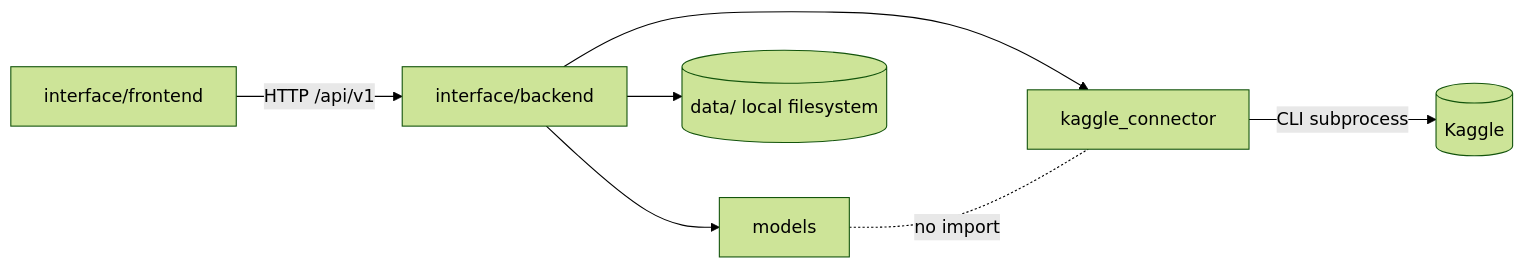
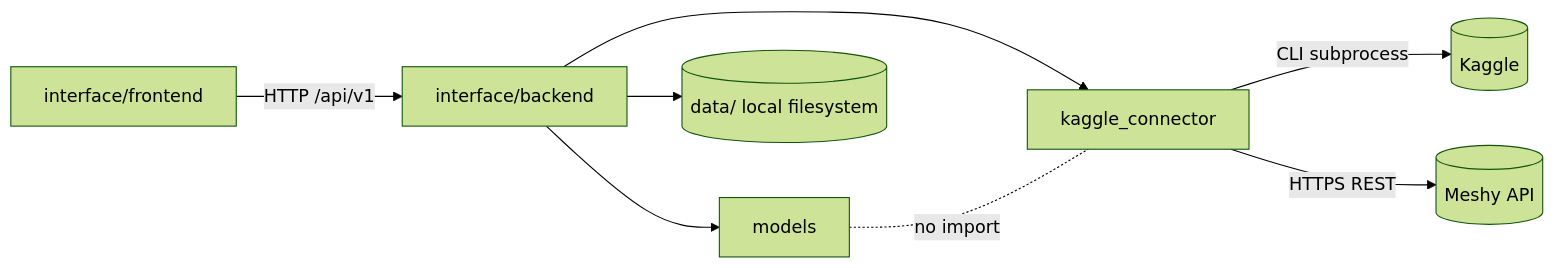
One commit to august0362/AI-asset-studio changed the first of 6 diagrams in docs/ARCHITECTURE.md. Above: the diagram before and after it, drawn with Mermaid (forest theme). The commit also changed other lines of this file and 7 other files, not shown here.

````diff
--- a/docs/ARCHITECTURE.md
+++ b/docs/ARCHITECTURE.md
@@ -20,9 +20,10 @@
 ```mermaid
 flowchart LR
     FE[interface/frontend] -- HTTP /api/v1 --> BE[interface/backend]
     BE --> M[models]
     BE --> K[kaggle_connector]
     K -- CLI subprocess --> KG[(Kaggle)]
+    K -- HTTPS REST --> MS[(Meshy API)]
     BE --> FS[(data/ local filesystem)]
     M -. no import .- K
 ```
````
